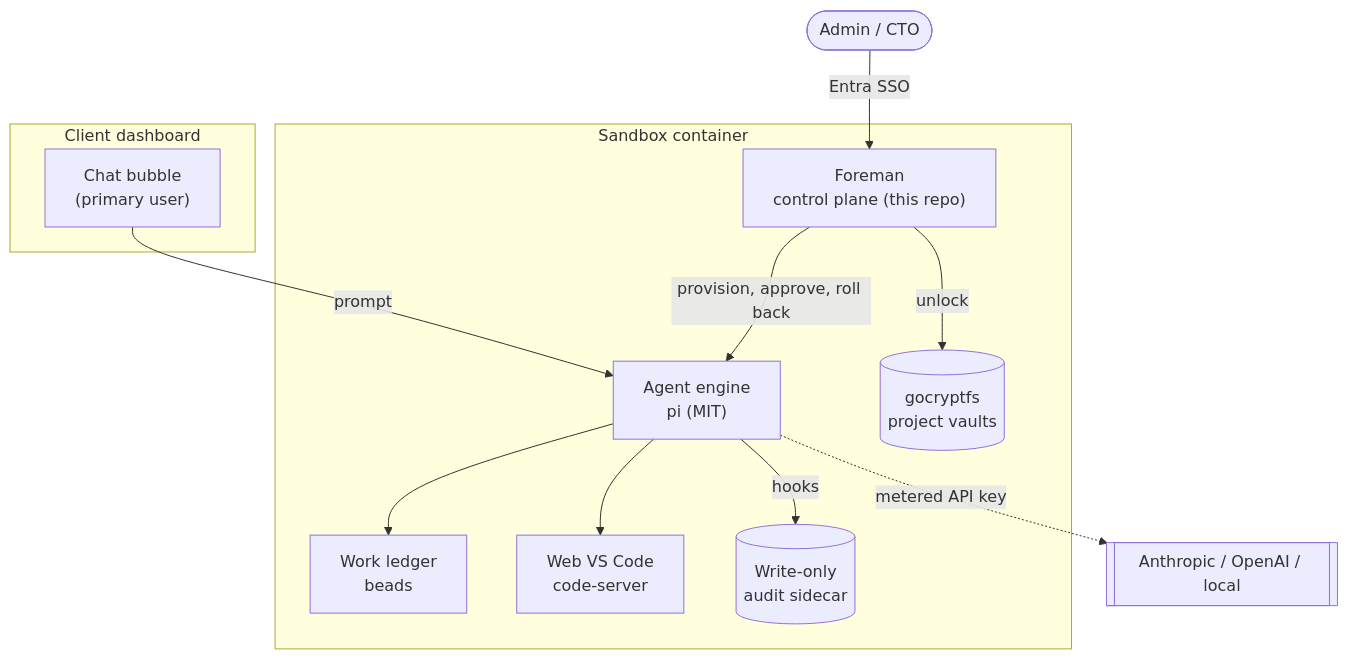
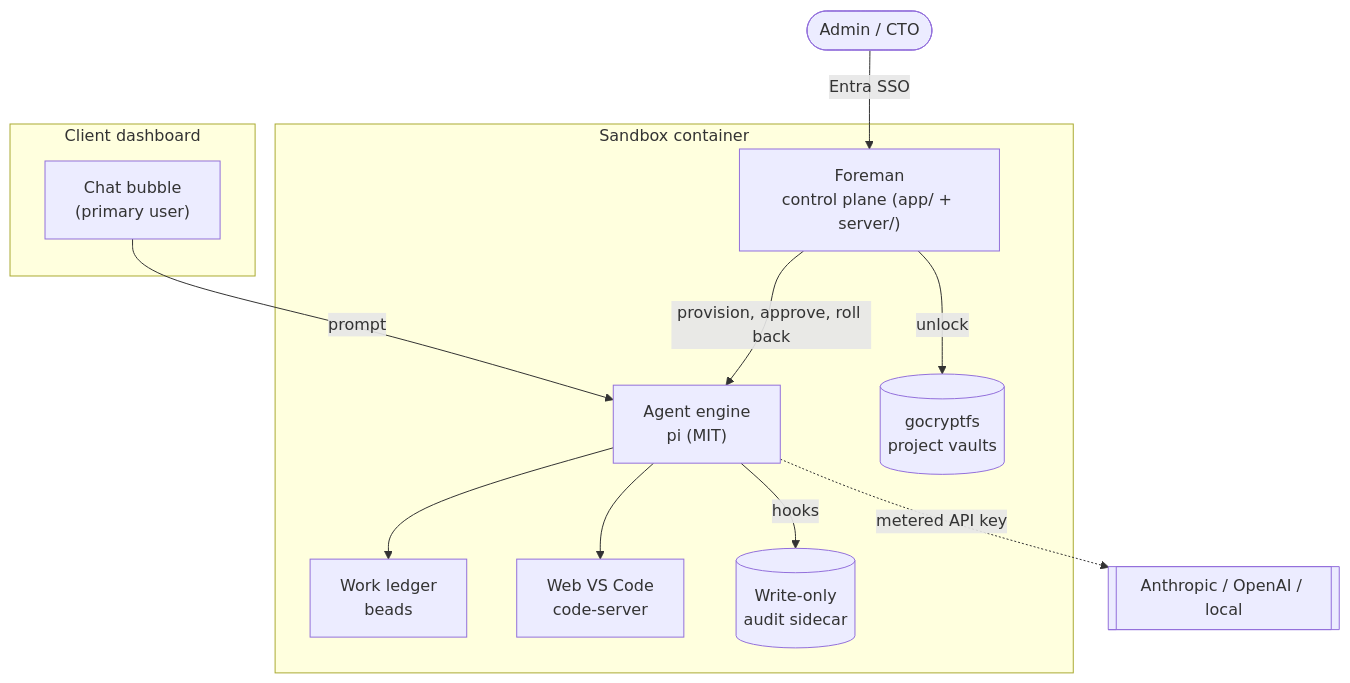
Before and after one commit to DreamLab-AI/docBox: the first of 3 diagrams in README.md, drawn with Mermaid. The commit also changed other lines of this file and 44 other files, not shown here.

````diff
--- a/README.md
+++ b/README.md
@@ -20,22 +19,22 @@
 ```mermaid
 flowchart TB
   subgraph client[Client dashboard]
     bubble["Chat bubble\n(primary user)"]
   end
   subgraph box["Sandbox container"]
-    foreman["Foreman\ncontrol plane (this repo)"]
+    foreman["Foreman\ncontrol plane (app/ + server/)"]
     engine["Agent engine\npi (MIT)"]
     ledger["Work ledger\nbeads"]
     code["Web VS Code\ncode-server"]
     audit[("Write-only\naudit sidecar")]
     vaults[("gocryptfs\nproject vaults")]
   end
   admin(["Admin / CTO"]) -->|Entra SSO| foreman
   bubble -->|prompt| engine
   foreman -->|provision, approve, roll back| engine
   engine --> ledger
   engine -->|hooks| audit
   engine --> code
   foreman -->|unlock| vaults
   engine -.->|metered API key| providers[["Anthropic / OpenAI / local"]]
 ```
````
